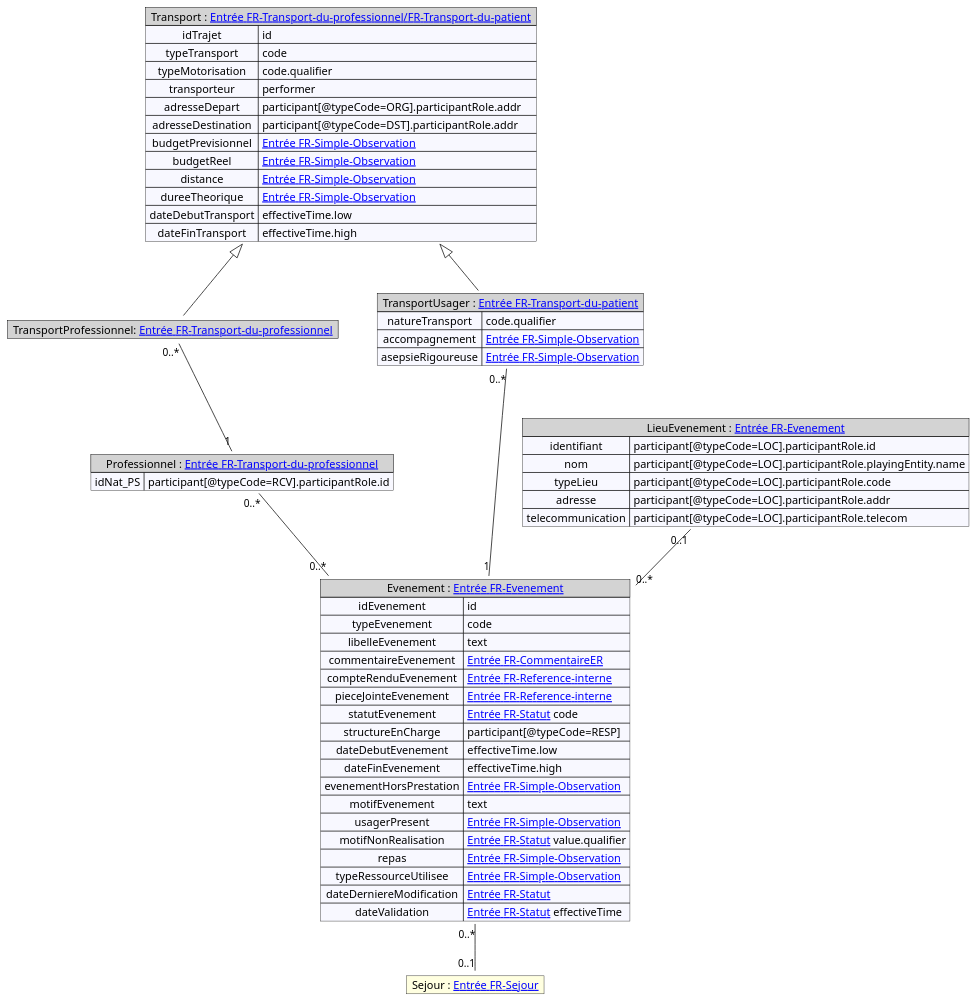
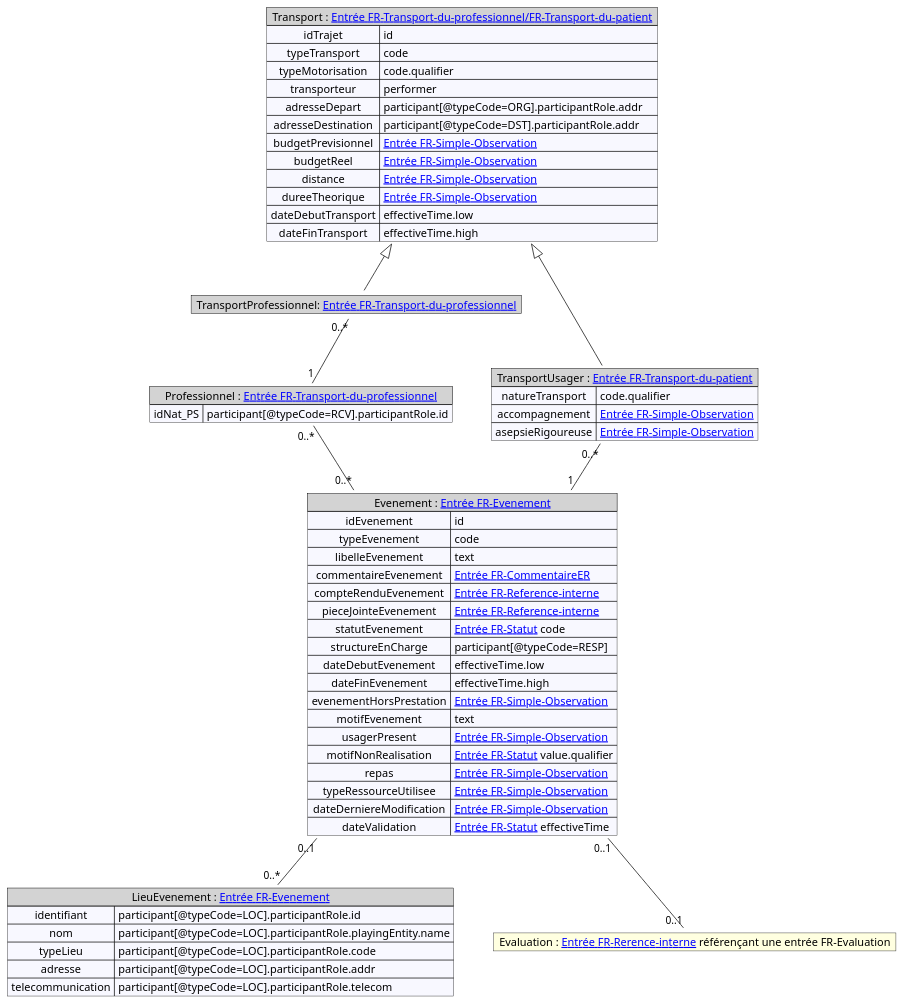
Before and after one commit to ansforge/IG-fhir-transfert-donnees-dui-esms: the diagram in input/images-source/mapping_evenement.plantuml, drawn with PlantUML. The commit also changed 2 other files, not shown here.

```diff
--- a/input/images-source/mapping_evenement.plantuml
+++ b/input/images-source/mapping_evenement.plantuml
@@ -1,79 +1,78 @@
 @startuml
 
 
 map "Evenement : [[contenu_dossier_corps_cda.html Entrée FR-Evenement]]" as Evenement #back:ghostWhite;header:LightGray {
     idEvenement => id
     typeEvenement => code
     libelleEvenement => text
     commentaireEvenement => [[contenu_dossier_corps_cda.html Entrée FR-CommentaireER]]
     compteRenduEvenement => [[contenu_dossier_corps_cda.html Entrée FR-Reference-interne]]
     pieceJointeEvenement => [[contenu_dossier_corps_cda.html Entrée FR-Reference-interne]]
     statutEvenement => [[contenu_dossier_corps_cda.html Entrée FR-Statut]] code
     structureEnCharge => participant[@typeCode=RESP]
     dateDebutEvenement => effectiveTime.low
     dateFinEvenement => effectiveTime.high
     evenementHorsPrestation => [[contenu_dossier_corps_cda.html Entrée FR-Simple-Observation]]
     motifEvenement => text
     usagerPresent => [[contenu_dossier_corps_cda.html Entrée FR-Simple-Observation]]
     motifNonRealisation => [[contenu_dossier_corps_cda.html Entrée FR-Statut]] value.qualifier 
     repas => [[contenu_dossier_corps_cda.html Entrée FR-Simple-Observation]]
     typeRessourceUtilisee => [[contenu_dossier_corps_cda.html Entrée FR-Simple-Observation]]
-    dateDerniereModification => [[contenu_dossier_corps_cda.html Entrée FR-Statut]]
+    dateDerniereModification => [[contenu_dossier_corps_cda.html Entrée FR-Simple-Observation]]
     dateValidation => [[contenu_dossier_corps_cda.html Entrée FR-Statut]] effectiveTime
 }
 map "Transport : [[contenu_dossier_corps_cda.html Entrée FR-Transport-du-professionnel/FR-Transport-du-patient]]" as Transport#back:ghostWhite;header:LightGray {
     idTrajet => id
     typeTransport => code
     typeMotorisation => code.qualifier
     transporteur => performer
     adresseDepart => participant[@typeCode=ORG].participantRole.addr
     adresseDestination => participant[@typeCode=DST].participantRole.addr
     budgetPrevisionnel => [[contenu_dossier_corps_cda.html Entrée FR-Simple-Observation]]
     budgetReel => [[contenu_dossier_corps_cda.html Entrée FR-Simple-Observation]]
     distance => [[contenu_dossier_corps_cda.html Entrée FR-Simple-Observation]]
     dureeTheorique => [[contenu_dossier_corps_cda.html Entrée FR-Simple-Observation]]
     dateDebutTransport => effectiveTime.low
     dateFinTransport => effectiveTime.high
 
 }
 map "Professionnel : [[contenu_dossier_corps_cda.html Entrée FR-Transport-du-professionnel]]" as Professionnel #back:ghostWhite;header:LightGray {
     idNat_PS => participant[@typeCode=RCV].participantRole.id    
    
 }
 
 map "TransportProfessionnel: [[contenu_dossier_corps_cda.html Entrée FR-Transport-du-professionnel]]" as TransportPro#back:ghostWhite;header:LightGray {
 }
 
 
 
 map "TransportUsager : [[contenu_dossier_corps_cda.html Entrée FR-Transport-du-patient]]" as TransportUsager#back:ghostWhite;header:LightGray {
     natureTransport => code.qualifier
     accompagnement => [[contenu_dossier_corps_cda.html Entrée FR-Simple-Observation]]
     asepsieRigoureuse => [[contenu_dossier_corps_cda.html Entrée FR-Simple-Observation]]
 }
 
 map "LieuEvenement : [[contenu_dossier_corps_cda.html Entrée FR-Evenement]]" as Lieu#back:ghostWhite;header:LightGray {
     identifiant => participant[@typeCode=LOC].participantRole.id    
     nom => participant[@typeCode=LOC].participantRole.playingEntity.name
     typeLieu => participant[@typeCode=LOC].participantRole.code
     adresse => participant[@typeCode=LOC].participantRole.addr
     telecommunication => participant[@typeCode=LOC].participantRole.telecom
    
 }
 
-map "Sejour : [[contenu_dossier_corps_cda.html Entrée FR-Sejour]]" as Sejour #back:LightYellow;header:LightYellow{
+map "Evaluation : [[contenu_dossier_corps_cda.html Entrée FR-Rerence-interne]] référençant une entrée FR-Evaluation" as Evaluation #back:LightYellow;header:LightYellow{
 }
 
-Lieu "0..1" -- "0..*" Evenement
+
+Evenement "0..1" -- "0..*" Lieu  
 Professionnel "0..*" -- "0..*" Evenement
 Transport <|-- TransportPro
 Transport <|-- TransportUsager
 TransportUsager "0..*" -- "1" Evenement
 TransportPro "0..*" -- "1" Professionnel
-Evenement "0..*" -- "0..1" Sejour
-
-
+Evenement "0..1" -- "0..1" Evaluation
 
 
 
 @enduml
```
